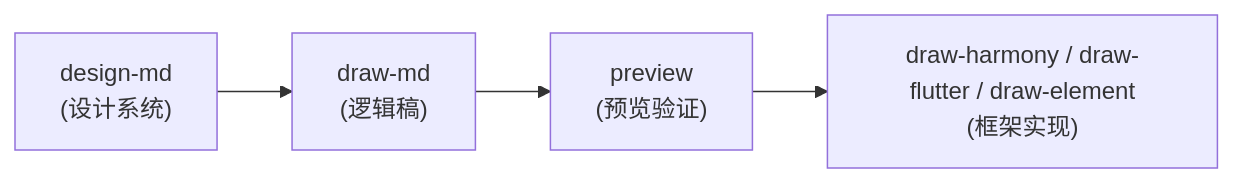
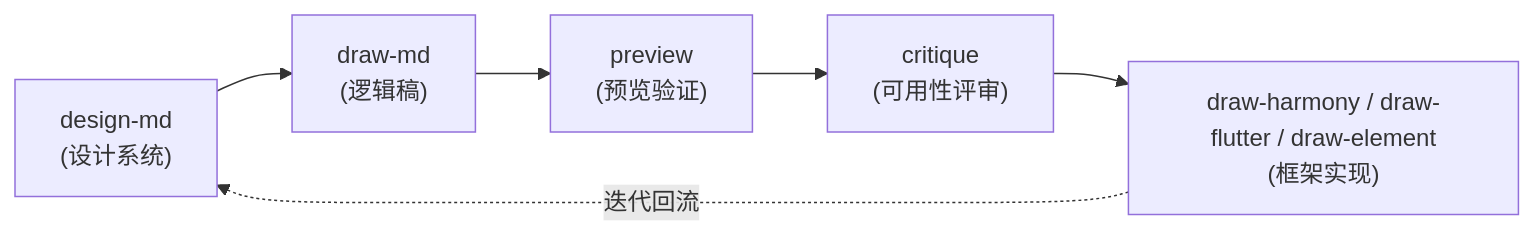
One commit to Kirky-X/maliang changed the diagram in README.md. Above: the diagram before and after it, drawn with Mermaid. The commit also changed other lines of this file and 1 other file, not shown here.

````diff
--- a/README.md
+++ b/README.md
@@ -152,6 +63,8 @@
 ```mermaid
 flowchart LR
     A["design-md<br/>(设计系统)"] --> B["draw-md<br/>(逻辑稿)"]
     B --> C["preview<br/>(预览验证)"]
-    C --> D["draw-harmony / draw-flutter / draw-element<br/>(框架实现)"]
+    C --> D["critique<br/>(可用性评审)"]
+    D --> E["draw-harmony / draw-flutter / draw-element<br/>(框架实现)"]
+    E -.迭代回流.-> A
 ```
````
